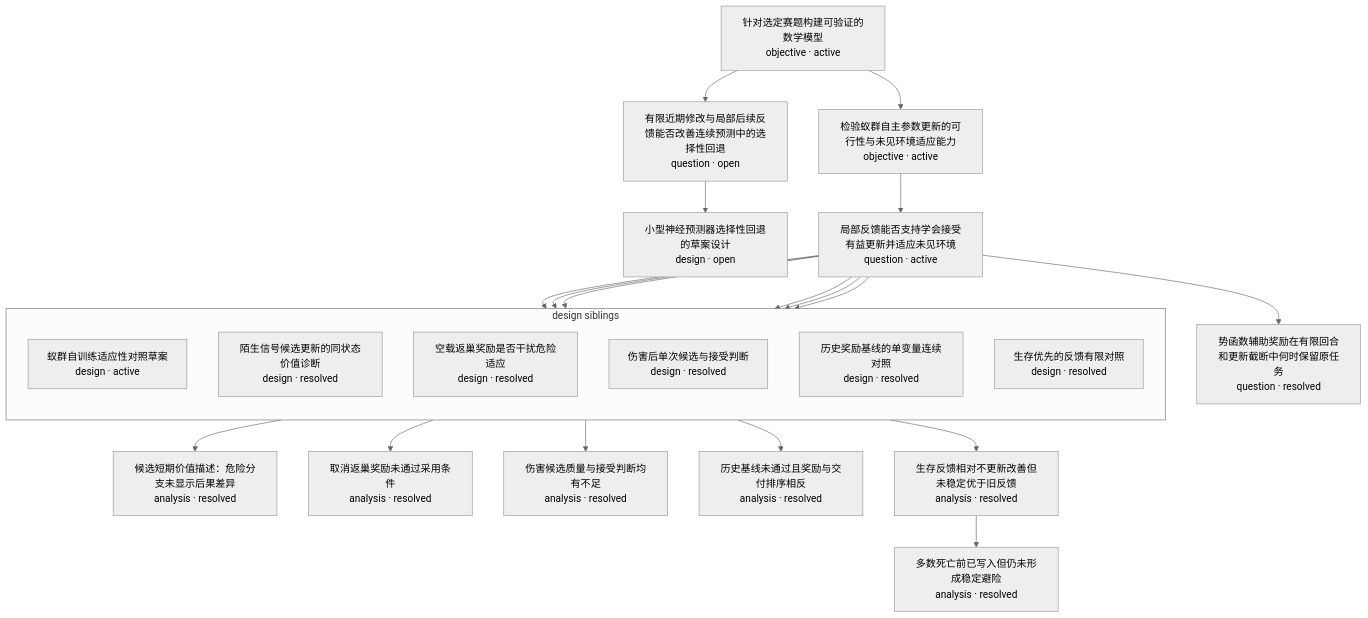
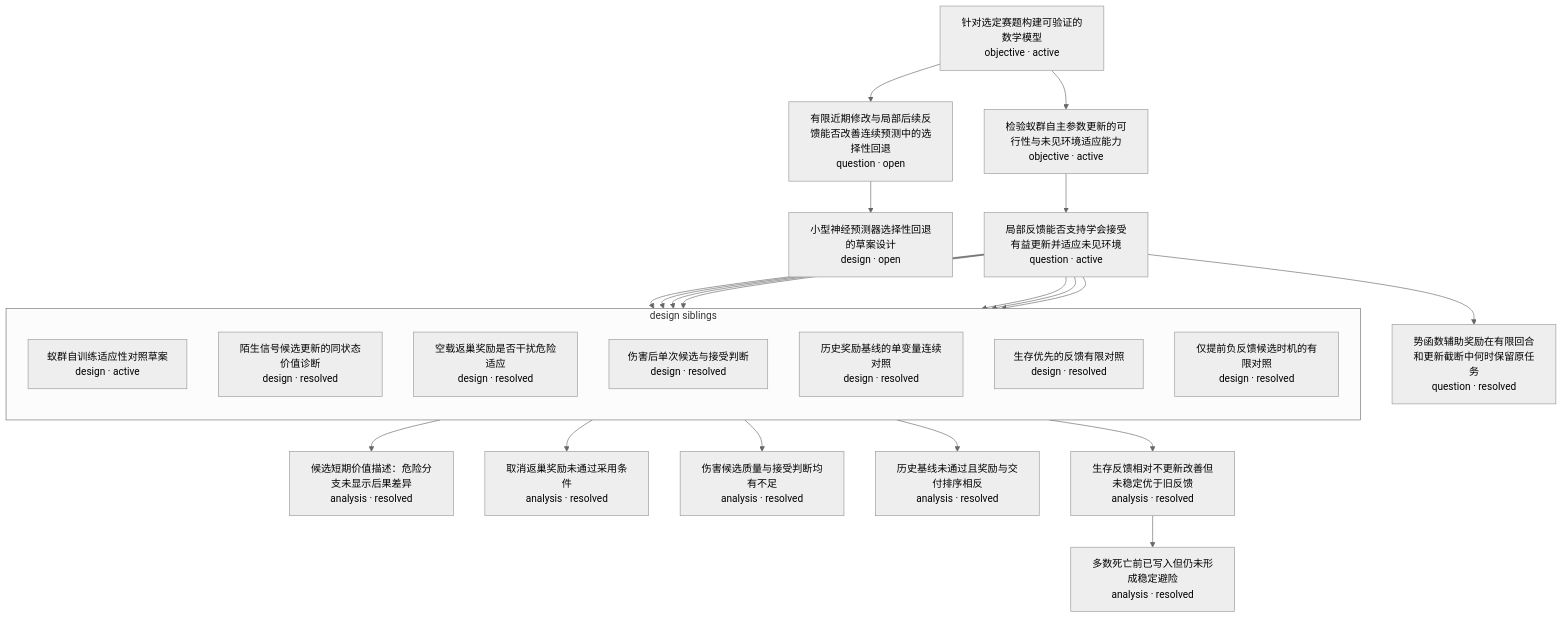
Before and after one commit to Akira-TL/Antomony: the diagram in research-tree/README.md, drawn with Mermaid (neutral theme). The commit also changed other lines of this file and 1 other file, not shown here.

Commit message:
CHORE: (research) register frozen feedback trigger design

````diff
--- a/research-tree/README.md
+++ b/research-tree/README.md
@@ -5,41 +5,43 @@
 ```mermaid
 flowchart TD
     N1["针对选定赛题构建可验证的数学模型<br/>objective · active"]
     N2["有限近期修改与局部后续反馈能否改善连续预测中的选择性回退<br/>question · open"]
     N3["小型神经预测器选择性回退的草案设计<br/>design · open"]
     N4["检验蚁群自主参数更新的可行性与未见环境适应能力<br/>objective · active"]
     N5["局部反馈能否支持学会接受有益更新并适应未见环境<br/>question · active"]
     N8["候选短期价值描述：危险分支未显示后果差异<br/>analysis · resolved"]
     N10["取消返巢奖励未通过采用条件<br/>analysis · resolved"]
     N12["伤害候选质量与接受判断均有不足<br/>analysis · resolved"]
     N14["历史基线未通过且奖励与交付排序相反<br/>analysis · resolved"]
     N15["势函数辅助奖励在有限回合和更新截断中何时保留原任务<br/>question · resolved"]
     N17["生存反馈相对不更新改善但未稳定优于旧反馈<br/>analysis · resolved"]
     N18["多数死亡前已写入但仍未形成稳定避险<br/>analysis · resolved"]
     subgraph G5_design["design siblings"]
         direction TB
         N6["蚁群自训练适应性对照草案<br/>design · active"]
         N7["陌生信号候选更新的同状态价值诊断<br/>design · resolved"]
         N9["空载返巢奖励是否干扰危险适应<br/>design · resolved"]
         N11["伤害后单次候选与接受判断<br/>design · resolved"]
         N13["历史奖励基线的单变量连续对照<br/>design · resolved"]
         N16["生存优先的反馈有限对照<br/>design · resolved"]
+        N19["仅提前负反馈候选时机的有限对照<br/>design · resolved"]
     end
     N1 --> N2
     N2 --> N3
     N1 --> N4
     N4 --> N5
     N5 --> N6
     N5 --> N7
     N7 --> N8
     N5 --> N9
     N9 --> N10
     N5 --> N11
     N11 --> N12
     N5 --> N13
     N13 --> N14
     N5 --> N15
     N5 --> N16
     N16 --> N17
     N17 --> N18
+    N5 --> N19
 ```
````
